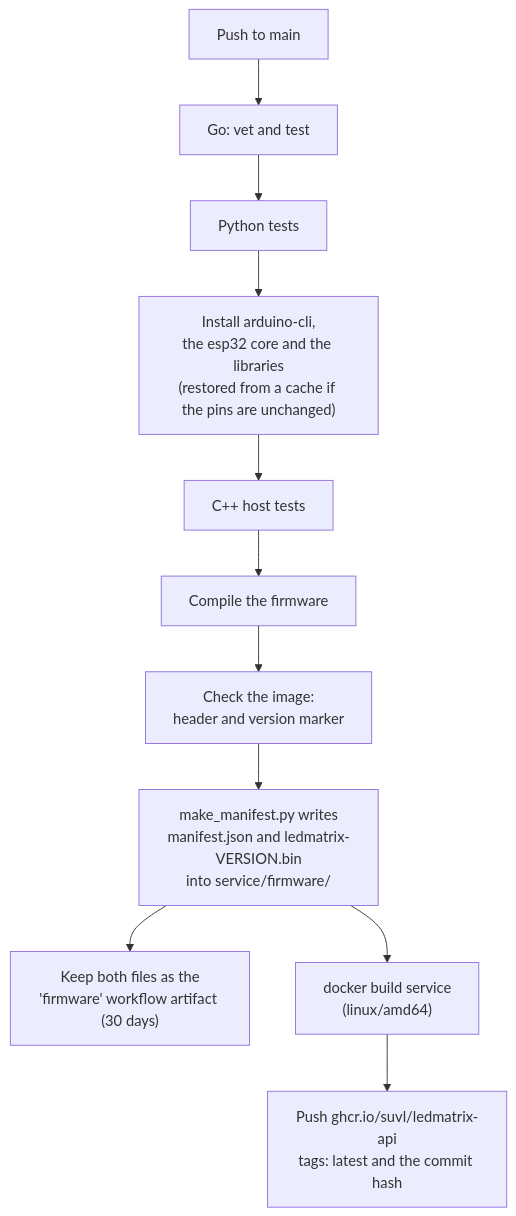
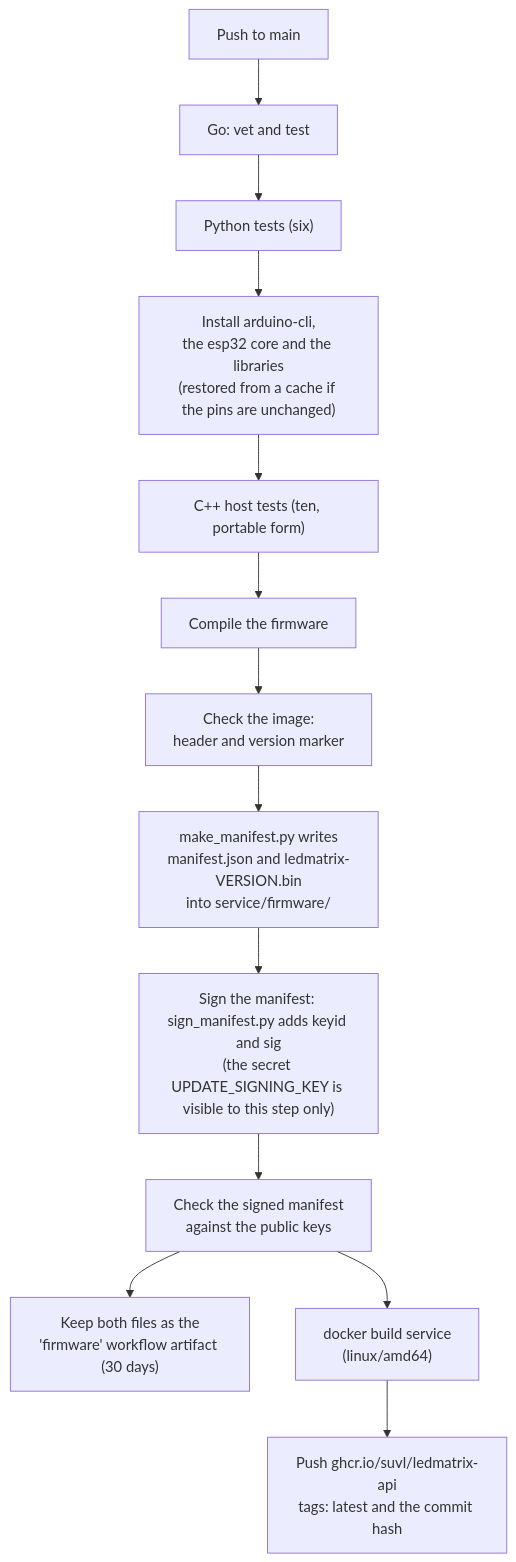
One commit to suvl/ledmatrix changed the diagram in docs/development.md. Above: the diagram before and after it, drawn with Mermaid. The commit also changed other lines of this file and 7 other files, not shown here.

First line of the commit message:
Docs wave 2: weather outside Portugal, headline editions, signed updates and key rotation [skip ci]

````diff
--- a/docs/development.md
+++ b/docs/development.md
@@ -264,13 +286,15 @@
 ```mermaid
 flowchart TD
   push["Push to main"] --> go["Go: vet and test"]
-  go --> py["Python tests"]
+  go --> py["Python tests (six)"]
   py --> tools["Install arduino-cli,<br/>the esp32 core and the libraries<br/>(restored from a cache if the pins are unchanged)"]
-  tools --> host["C++ host tests"]
+  tools --> host["C++ host tests (ten, portable form)"]
   host --> compile["Compile the firmware"]
   compile --> check["Check the image:<br/>header and version marker"]
   check --> manifest["make_manifest.py writes<br/>manifest.json and ledmatrix-VERSION.bin<br/>into service/firmware/"]
-  manifest --> artifact["Keep both files as the<br/>'firmware' workflow artifact (30 days)"]
-  manifest --> docker["docker build service<br/>(linux/amd64)"]
+  manifest --> sign["Sign the manifest: sign_manifest.py adds keyid and sig<br/>(the secret UPDATE_SIGNING_KEY is visible to this step only)"]
+  sign --> verify["Check the signed manifest<br/>against the public keys"]
+  verify --> artifact["Keep both files as the<br/>'firmware' workflow artifact (30 days)"]
+  verify --> docker["docker build service<br/>(linux/amd64)"]
   docker --> push2["Push ghcr.io/suvl/ledmatrix-api<br/>tags: latest and the commit hash"]
 ```
````
